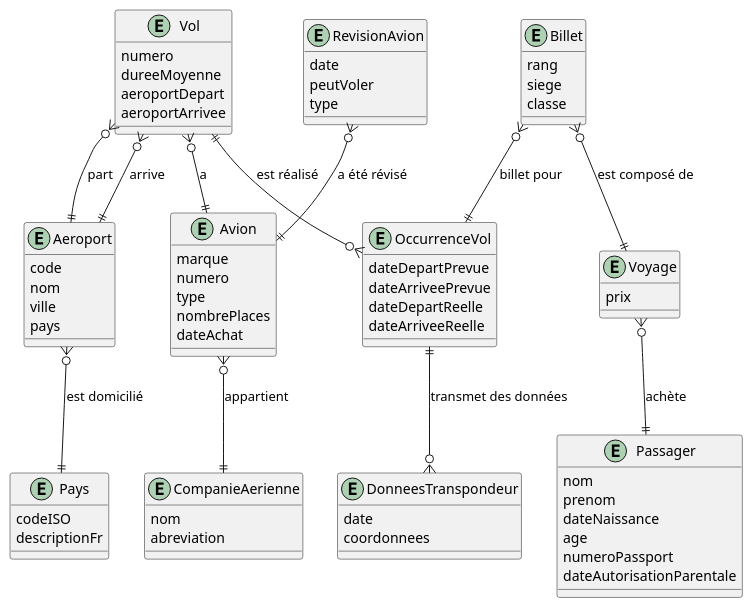
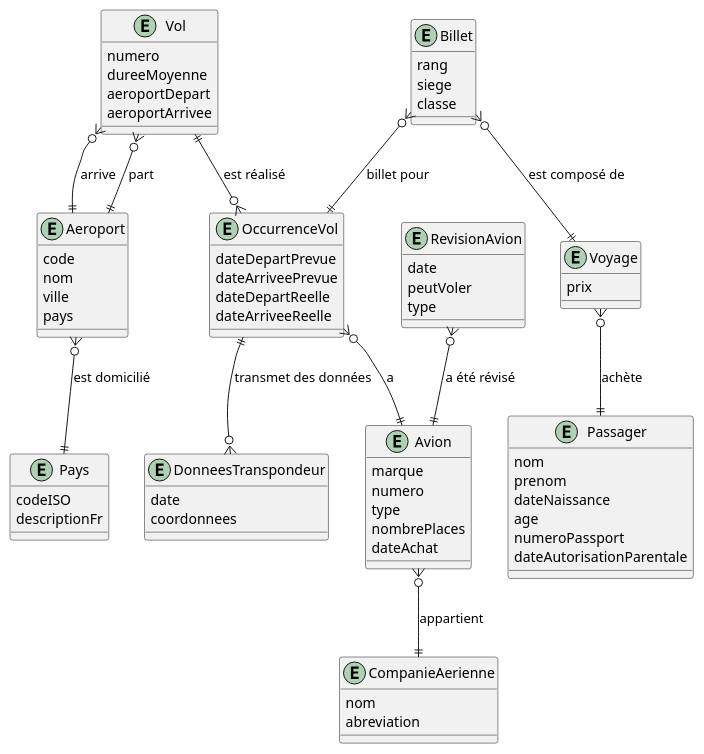
The diagram in ERD/airline_reservation.wsd (rparadiscsfoy/420-W34-SF-TP01), drawn with PlantUML before and after one commit. The commit also changed 1 other file, not shown here.

Commit message:
Correction relation entre occurencevol et avion

```diff
--- a/ERD/airline_reservation.wsd
+++ b/ERD/airline_reservation.wsd
@@ -1,93 +1,95 @@
 @startuml erd_airline_reservation_logique
 
 entity Pays {
     codeISO
     descriptionFr
 }
 
 entity Aeroport {
     code
     nom
     ville
     pays
 }
 
 entity OccurrenceVol {
     dateDepartPrevue
     dateArriveePrevue
     dateDepartReelle
     dateArriveeReelle
 }
 
 entity Vol {
     numero
     dureeMoyenne
     aeroportDepart
     aeroportArrivee
 }
 
 entity DonneesTranspondeur {
     date
     coordonnees
 }
 
 entity Avion {
     marque
     numero
     type
     nombrePlaces
     dateAchat
 }
 
 entity RevisionAvion {
     date
     peutVoler
     type 
     ' https://fr.wikipedia.org/wiki/Visites_de_maintenance_des_avions
     ' A : / mois ou 500h de vol
     ' C : 
 }
 
 entity CompanieAerienne {
     nom
     abreviation
 }
 
 entity Voyage {
     prix
 }
 
 entity Billet {
     rang
     siege
     classe
 }
 
 entity Passager {
     nom
     prenom
     dateNaissance
     age
     numeroPassport
     dateAutorisationParentale
 }
 
 Vol }o--|| Aeroport: arrive
 Vol }o--|| Aeroport: part
-Vol }o--|| Avion: a
+'Vol }o--|| Avion: a
 Vol ||--o{ OccurrenceVol: est réalisé
 
 Avion }o--|| CompanieAerienne: appartient
 
 Billet }o--|| Voyage: est composé de
 Billet }o--|| OccurrenceVol: billet pour
 
 Voyage }o--|| Passager: achète
 
 Aeroport }o--|| Pays: est domicilié
 
 OccurrenceVol ||--o{ DonneesTranspondeur: transmet des données
+OccurrenceVol }o--|| Avion: a
+
 
 RevisionAvion }o--|| Avion: a été révisé
 
 @enduml
```
